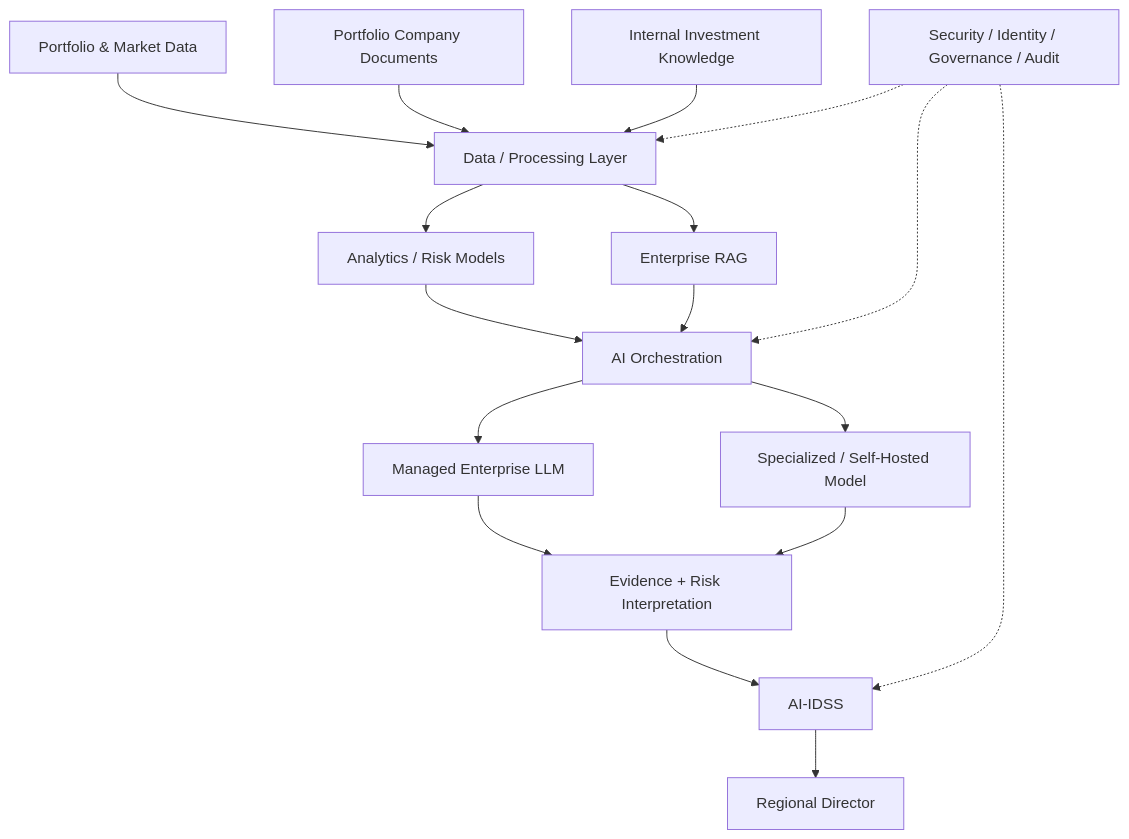
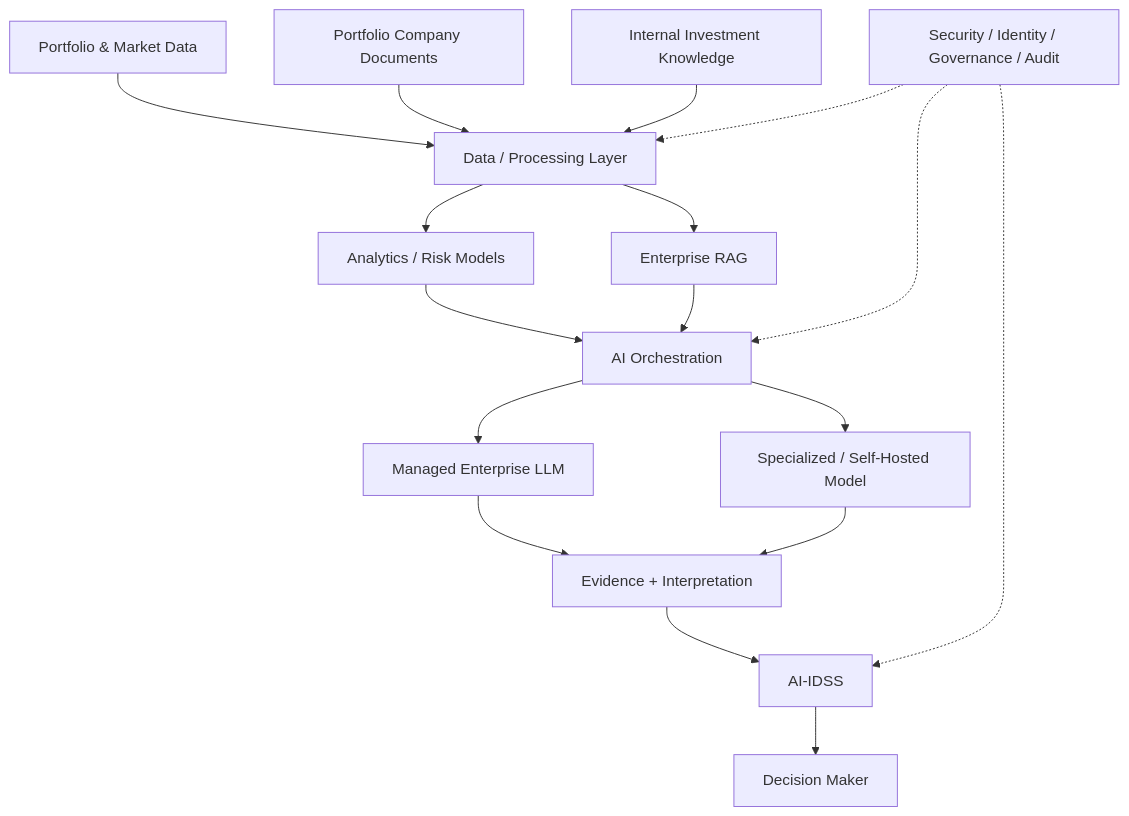
Diagram 11 of 12 in docs/chapters/09-enterprise-llm-architecture.md (huda-salam/ai-architecture-advisor-book), drawn with Mermaid before and after one commit. The commit also changed other lines of this file, not shown here.

Commit message:
Harden Chapter 9 enterprise LLM architecture foundation

````diff
--- a/docs/chapters/09-enterprise-llm-architecture.md
+++ b/docs/chapters/09-enterprise-llm-architecture.md
@@ -556,20 +696,20 @@
 ```mermaid
 flowchart TD
     A[Portfolio & Market Data] --> D[Data / Processing Layer]
     B[Portfolio Company Documents] --> D
     C[Internal Investment Knowledge] --> D
     D --> E[Analytics / Risk Models]
     D --> F[Enterprise RAG]
     E --> G[AI Orchestration]
     F --> G
     G --> H[Managed Enterprise LLM]
     G --> I[Specialized / Self-Hosted Model]
-    H --> J[Evidence + Risk Interpretation]
+    H --> J[Evidence + Interpretation]
     I --> J
     J --> K[AI-IDSS]
-    K --> L[Regional Director]
+    K --> L[Decision Maker]
 
     M[Security / Identity / Governance / Audit] -.-> D
     M -.-> G
     M -.-> K
 ```
````
